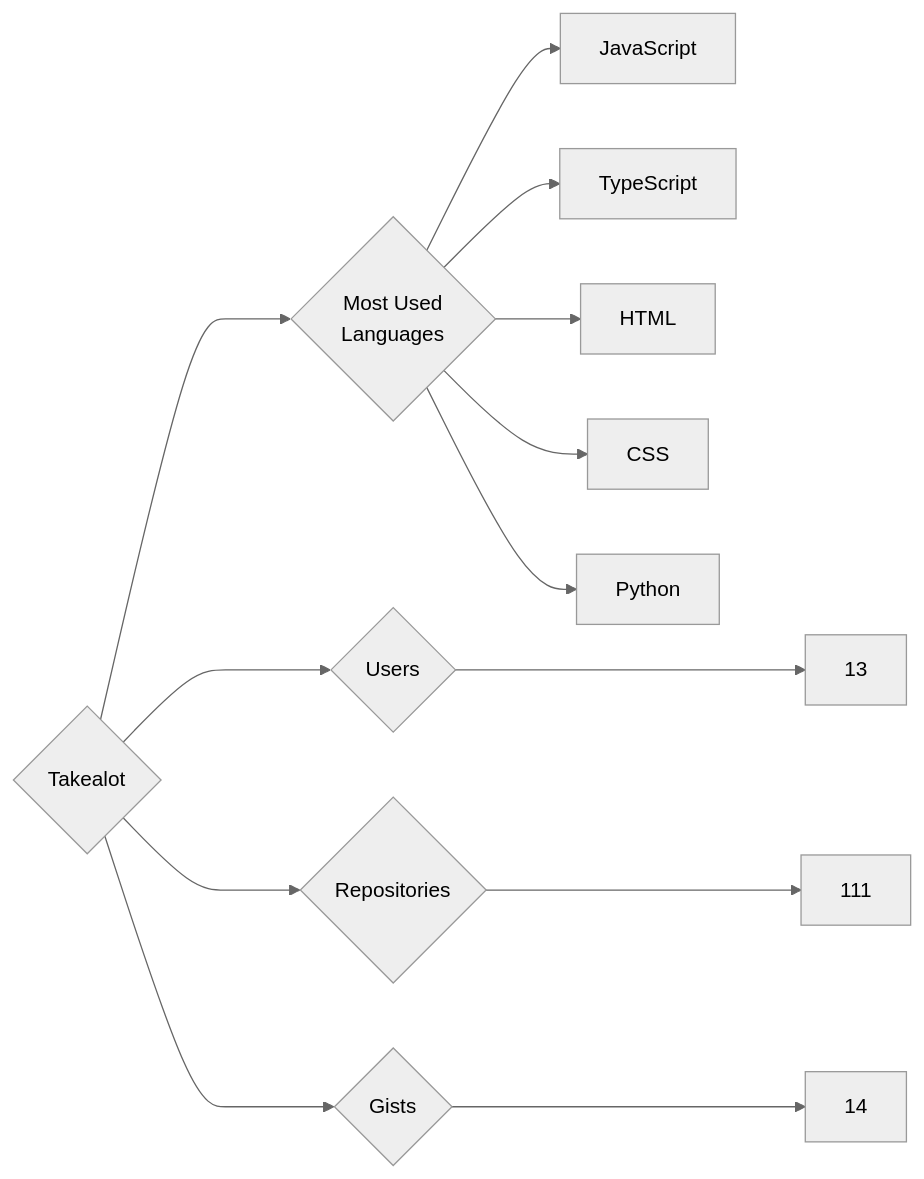
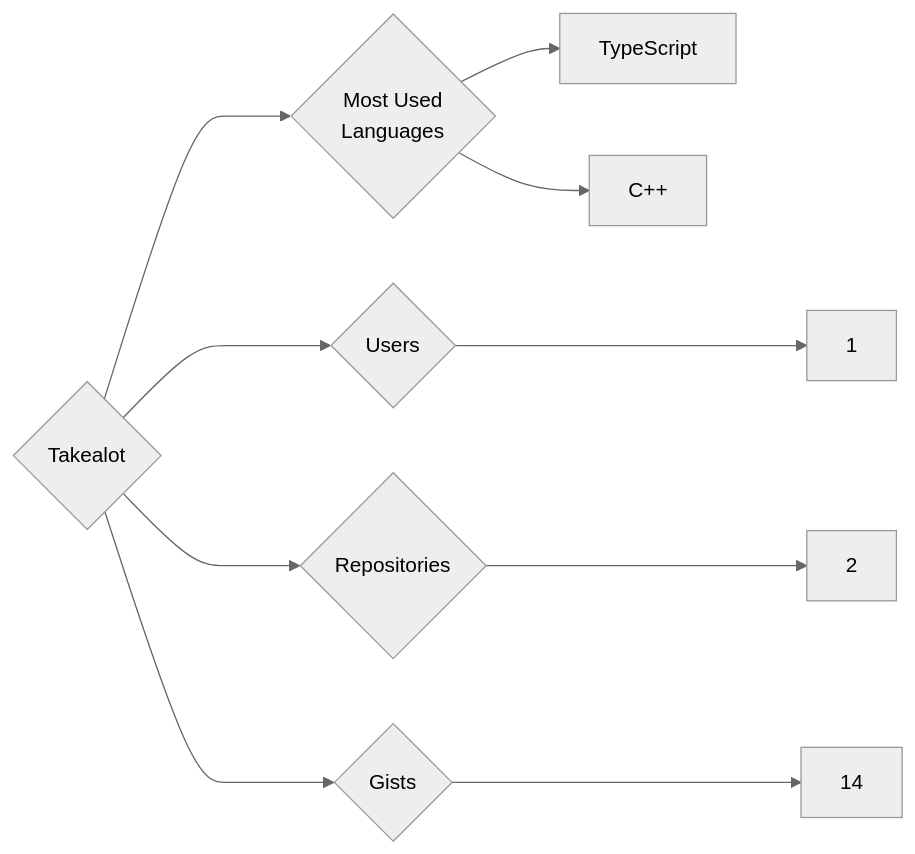
The diagram in targets/Takealot/README.md (trickest/insiders), drawn with Mermaid (neutral theme) before and after one commit. The commit also changed 814 other files, not shown here.

````diff
--- a/targets/Takealot/README.md
+++ b/targets/Takealot/README.md
@@ -3,13 +3,10 @@
 ```mermaid
 graph LR
 COMPANY_NAME{Takealot}
-COMPANY_NAME ---> U{Users} ---> UN[13]
-COMPANY_NAME ---> R{Repositories} ---> RN[111]
+COMPANY_NAME ---> U{Users} ---> UN[1]
+COMPANY_NAME ---> R{Repositories} ---> RN[2]
 COMPANY_NAME ---> G{Gists} ---> GN[14]
 COMPANY_NAME ---> ML{Most Used<br>Languages}
-ML --> JavaScript[JavaScript]
 ML --> TypeScript[TypeScript]
-ML --> HTML[HTML]
-ML --> CSS[CSS]
-ML --> Python[Python]
+ML --> C++[C++]
 ```
````
